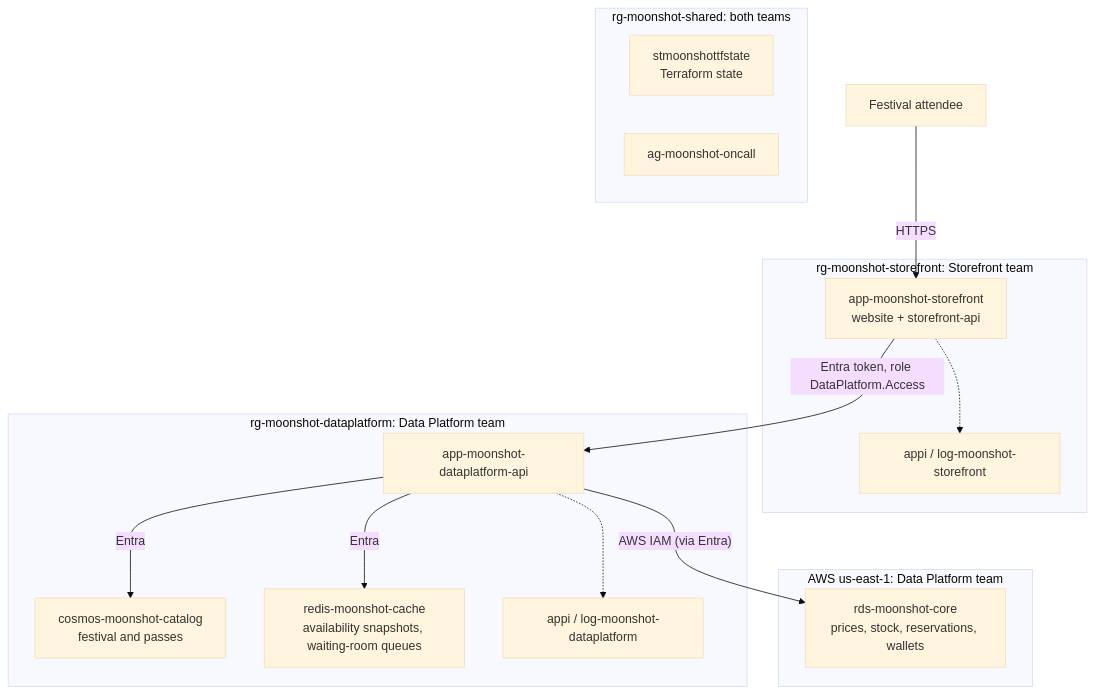
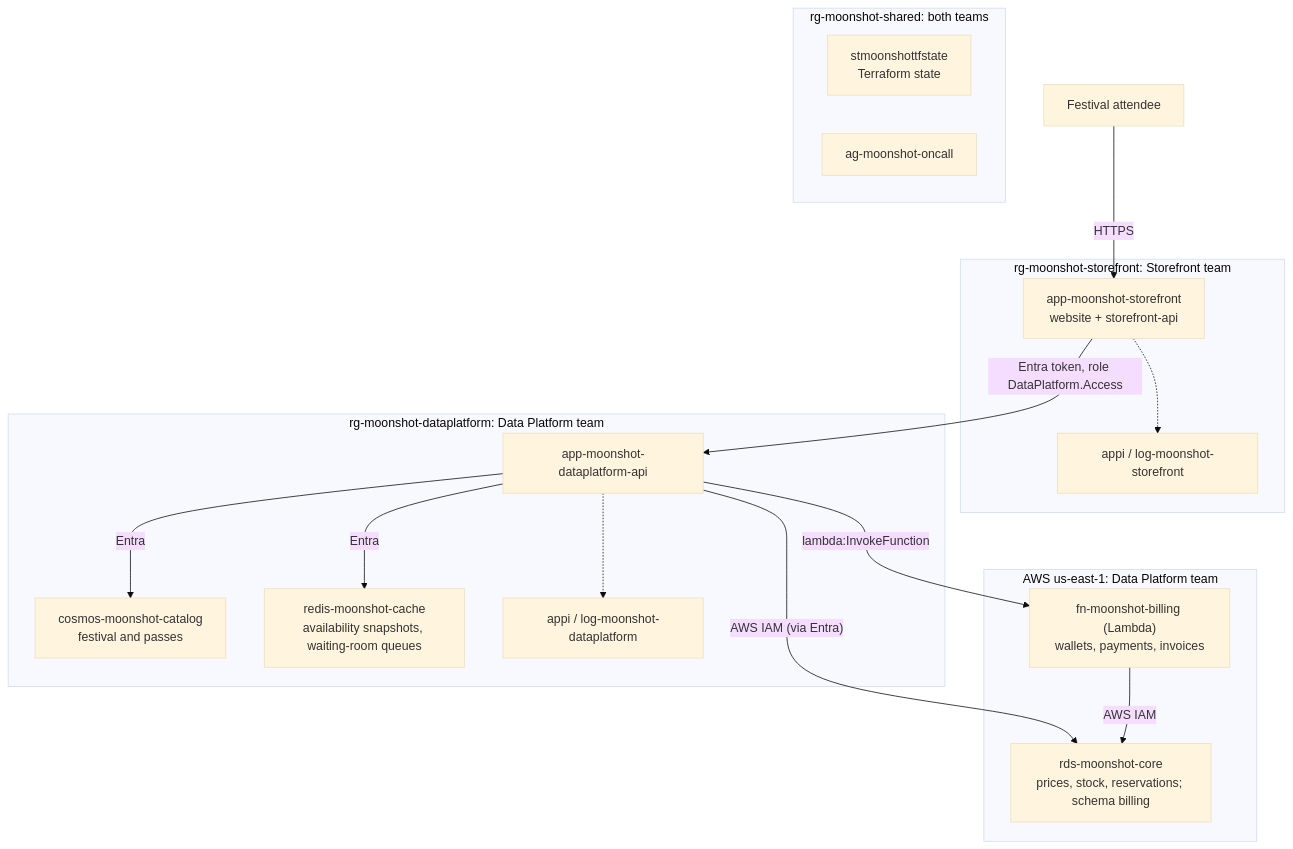
The first of 2 diagrams in README.md (sanchitmehta/moonshot-concert), drawn with Mermaid (base theme) before and after one commit. The commit also changed other lines of this file and 43 other files, not shown here.

````diff
--- a/README.md
+++ b/README.md
@@ -296,27 +301,30 @@
 ```mermaid
 flowchart TB
     Guest["Festival attendee"] -->|HTTPS| Storefront
     subgraph SF["rg-moonshot-storefront: Storefront team"]
         Storefront["app-moonshot-storefront<br/>website + storefront-api"]
         SFMon["appi / log-moonshot-storefront"]
     end
     subgraph DP["rg-moonshot-dataplatform: Data Platform team"]
         DataApi["app-moonshot-dataplatform-api"]
         Cosmos["cosmos-moonshot-catalog<br/>festival and passes"]
         Redis["redis-moonshot-cache<br/>availability snapshots, waiting-room queues"]
         DPMon["appi / log-moonshot-dataplatform"]
     end
     subgraph AWS["AWS us-east-1: Data Platform team"]
-        Core["rds-moonshot-core<br/>prices, stock, reservations, wallets"]
+        Billing["fn-moonshot-billing (Lambda)<br/>wallets, payments, invoices"]
+        Core["rds-moonshot-core<br/>prices, stock, reservations; schema billing"]
     end
     subgraph SH["rg-moonshot-shared: both teams"]
         State["stmoonshottfstate<br/>Terraform state"]
         OnCall["ag-moonshot-oncall"]
     end
     Storefront -->|"Entra token, role DataPlatform.Access"| DataApi
     DataApi -->|Entra| Cosmos
     DataApi -->|"AWS IAM (via Entra)"| Core
+    DataApi -->|"lambda:InvokeFunction"| Billing
+    Billing -->|"AWS IAM"| Core
     DataApi -->|Entra| Redis
     Storefront -.-> SFMon
     DataApi -.-> DPMon
 ```
````
